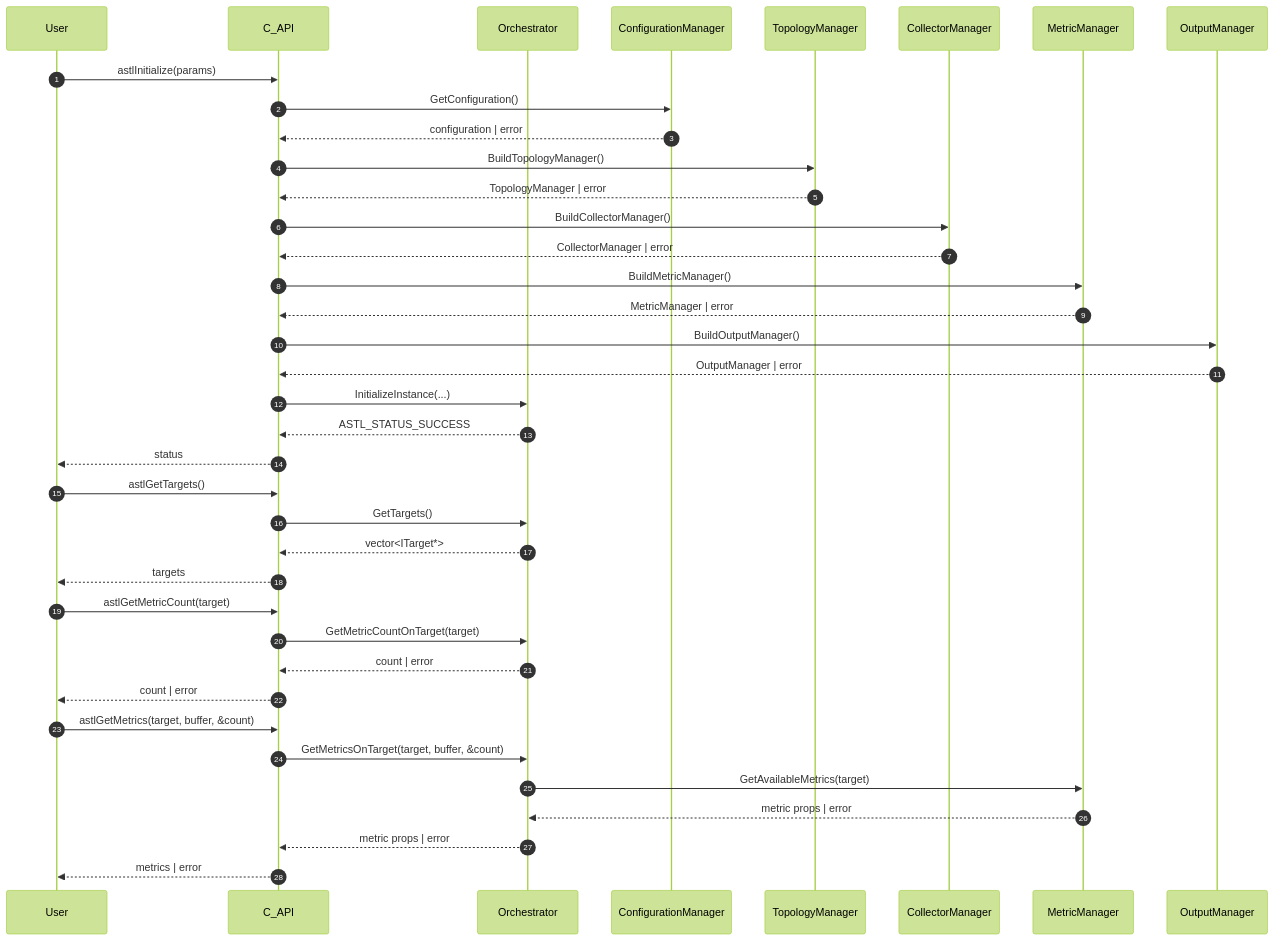
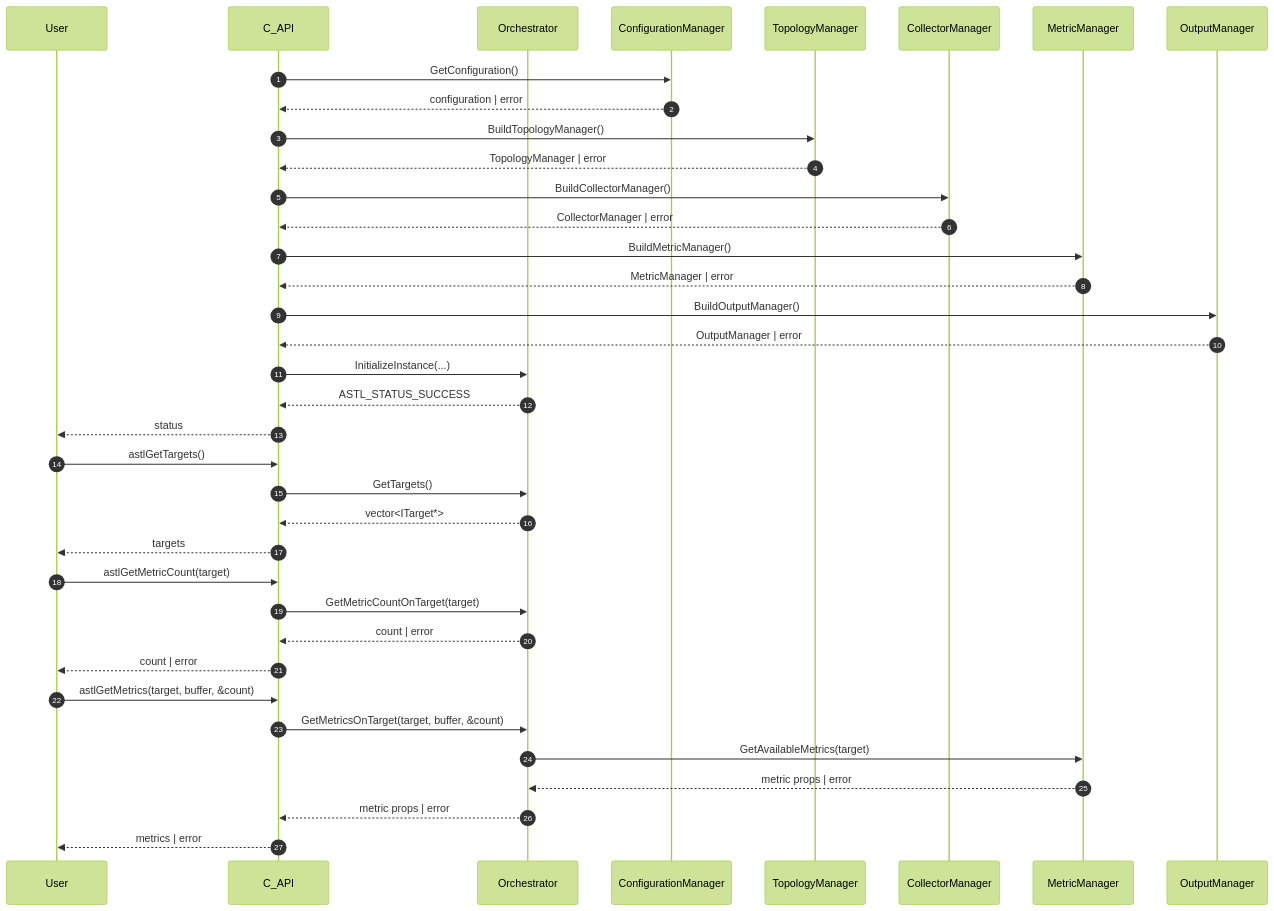
One commit to arm/ASTL changed the diagram in doc/design/system_phase_init_discovery.mmd. Above: the diagram before and after it, drawn with Mermaid (forest theme). The commit also changed 28 other files, not shown here.

First line of the commit message:
[ASTL-183] Remove astlInitialize references from README.md and Cython (#259)

```diff
--- a/doc/design/system_phase_init_discovery.mmd
+++ b/doc/design/system_phase_init_discovery.mmd
@@ -1,46 +1,45 @@
 %% System Phase: Initialization & Discovery
 %% Focus: initialization sequence + target & metric enumeration (condensed)
 sequenceDiagram
     autonumber
     participant User
     participant API as C_API
     participant Orchestrator
     participant ConfigurationManager as ConfigurationManager
     participant TopologyManager as TopologyManager
     participant CollectorManager as CollectorManager
     participant MetricManager as MetricManager
     participant OutputManager as OutputManager
 
     %% Init
-    User->>API: astlInitialize(params)
     API->>ConfigurationManager: GetConfiguration()
     ConfigurationManager-->>API: configuration | error
     API->>TopologyManager: BuildTopologyManager()
     TopologyManager-->>API: TopologyManager | error
     API->>CollectorManager: BuildCollectorManager()
     CollectorManager-->>API: CollectorManager | error
     API->>MetricManager: BuildMetricManager()
     MetricManager-->>API: MetricManager | error
     API->>OutputManager: BuildOutputManager()
     OutputManager-->>API: OutputManager | error
     API->>Orchestrator: InitializeInstance(...)
     Orchestrator-->>API: ASTL_STATUS_SUCCESS
     API-->>User: status
 
     %% Discovery (condensed)
     User->>API: astlGetTargets()
     API->>Orchestrator: GetTargets()
     Orchestrator-->>API: vector<ITarget*>
     API-->>User: targets
 
     %% Metric enumeration (two-step using count + list)
     User->>API: astlGetMetricCount(target)
     API->>Orchestrator: GetMetricCountOnTarget(target)
     Orchestrator-->>API: count | error
     API-->>User: count | error
     User->>API: astlGetMetrics(target, buffer, &count)
     API->>Orchestrator: GetMetricsOnTarget(target, buffer, &count)
     Orchestrator->>MetricManager: GetAvailableMetrics(target)
     MetricManager-->>Orchestrator: metric props | error
     Orchestrator-->>API: metric props | error
     API-->>User: metrics | error
```
